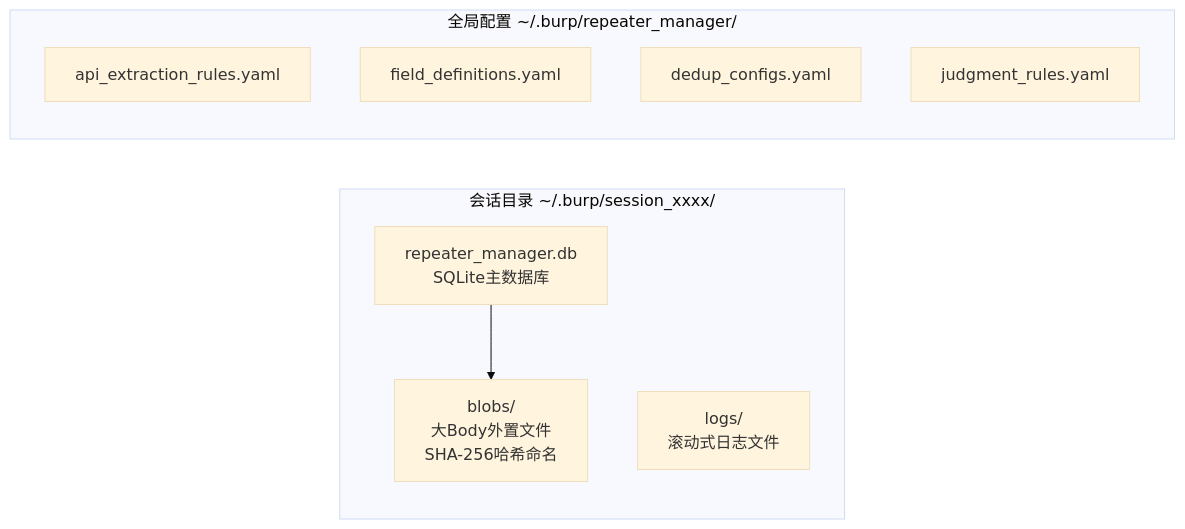
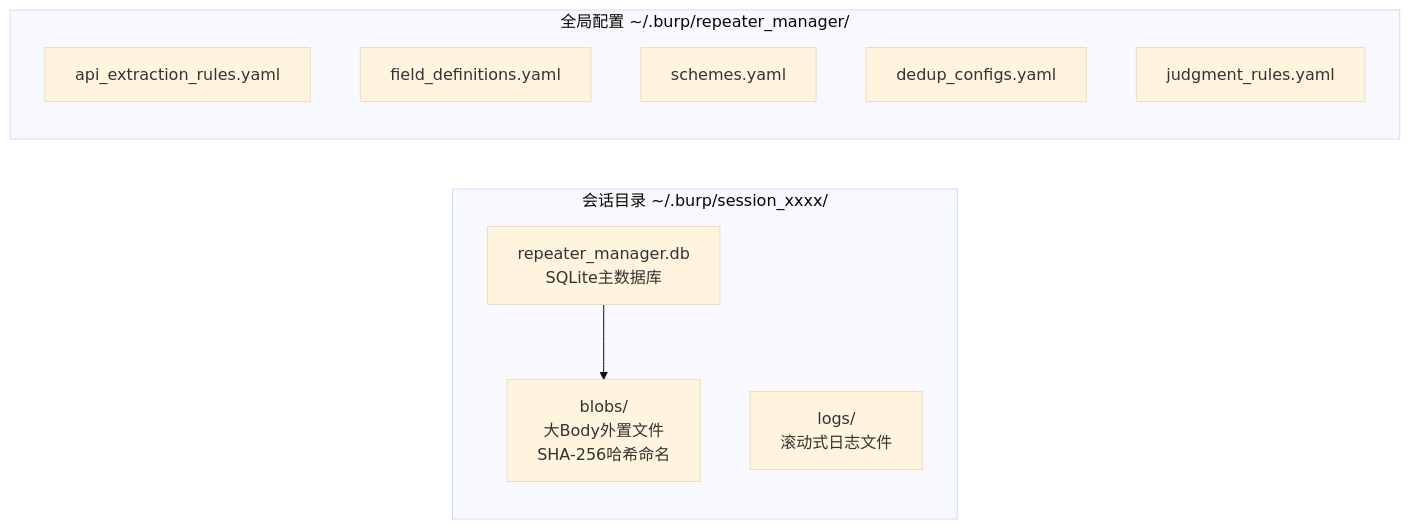
Before and after one commit to GitHubNull/repeaterManger: diagram 31 of 31 in doc/design/data_flow_analysis.md, drawn with Mermaid (base theme). The commit also changed other lines of this file and 34 other files, not shown here.

````diff
--- a/doc/design/data_flow_analysis.md
+++ b/doc/design/data_flow_analysis.md
@@ -1138,17 +1286,18 @@
 ```mermaid
 graph LR
     subgraph SessionDir["会话目录 ~/.burp/session_xxxx/"]
         DB["repeater_manager.db<br/>SQLite主数据库"]
         B["blobs/<br/>大Body外置文件<br/>SHA-256哈希命名"]
         L["logs/<br/>滚动式日志文件"]
     end
 
     subgraph GlobalDir["全局配置 ~/.burp/repeater_manager/"]
         Y1["api_extraction_rules.yaml"]
         Y2["field_definitions.yaml"]
-        Y3["dedup_configs.yaml"]
-        Y4["judgment_rules.yaml"]
+        Y3["schemes.yaml"]
+        Y4["dedup_configs.yaml"]
+        Y5["judgment_rules.yaml"]
     end
 
     DB --> B
 ```
````
